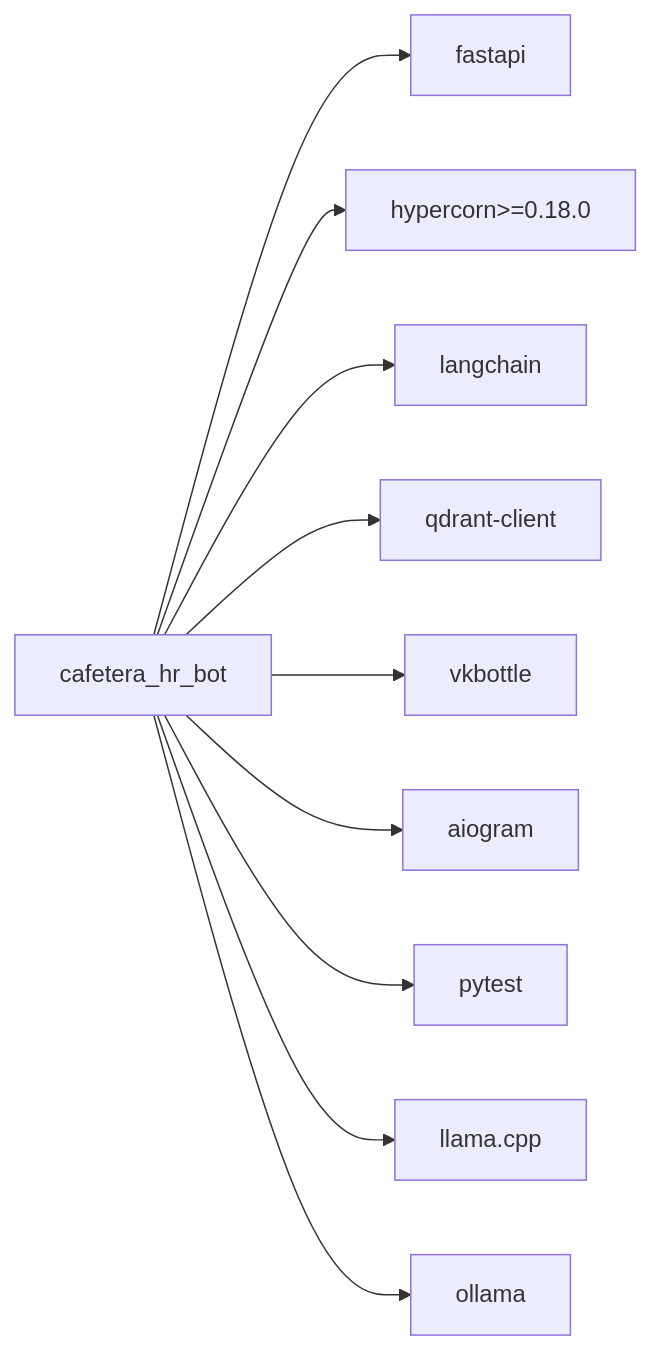
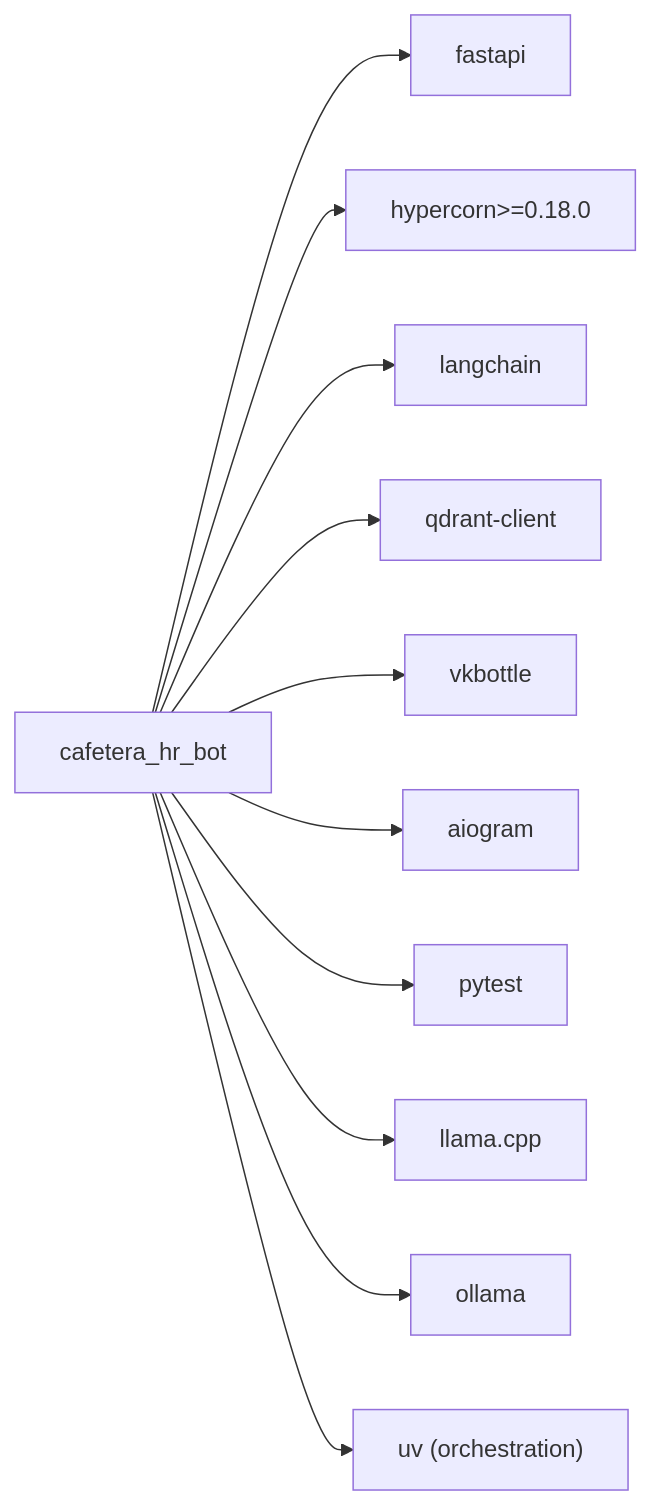
One commit to ognelis/cafetera_hr_bot changed diagram 11 of 11 in .qoder/repowiki/en/content/Deployment and Operations.md. Above: the diagram before and after it, drawn with Mermaid. The commit also changed other lines of this file and 4 other files, not shown here.

````diff
--- a/.qoder/repowiki/en/content/Deployment and Operations.md
+++ b/.qoder/repowiki/en/content/Deployment and Operations.md
@@ -374,22 +478,24 @@
 ```mermaid
 graph LR
 App["cafetera_hr_bot"]
 FastAPI["fastapi"]
 Hypercorn["hypercorn>=0.18.0"]
 LangChain["langchain"]
 QdrantClient["qdrant-client"]
 VK["vkbottle"]
 Telegram["aiogram"]
 Tests["pytest"]
 LlamaCpp["llama.cpp"]
 Ollama["ollama"]
+Uv["uv (orchestration)"]
 App --> FastAPI
 App --> Hypercorn
 App --> LangChain
 App --> QdrantClient
 App --> VK
 App --> Telegram
 App --> Tests
 App --> LlamaCpp
 App --> Ollama
+App --> Uv
 ```
````
